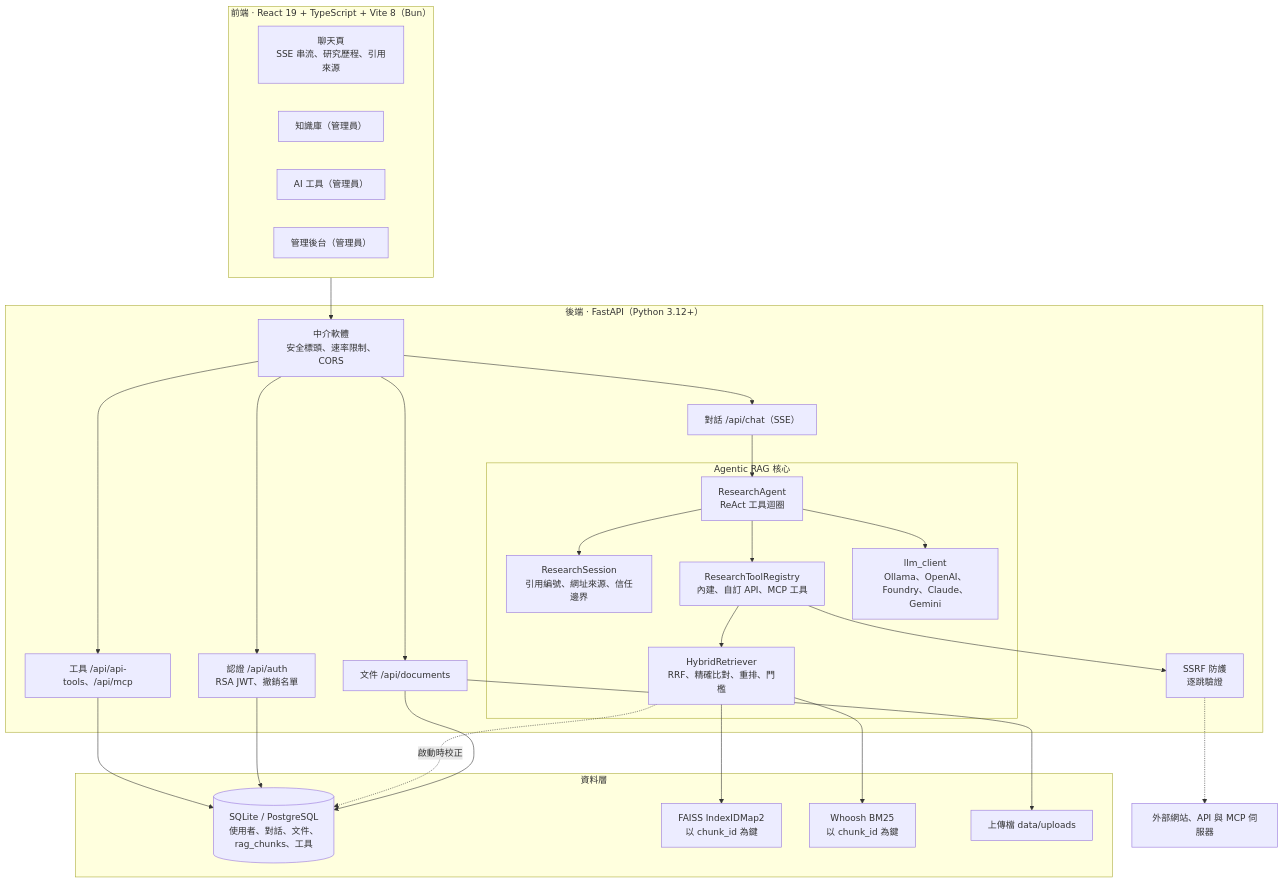
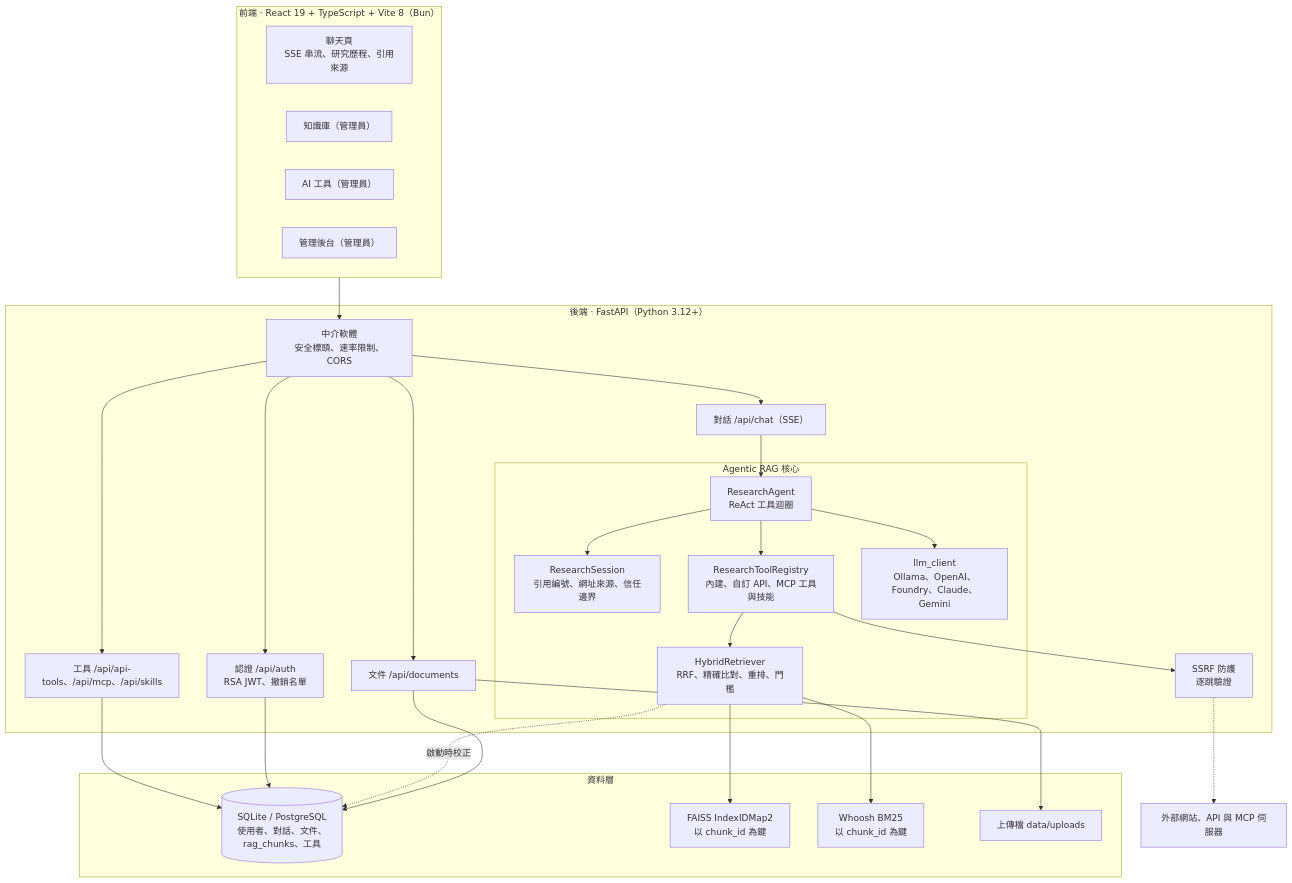
Before and after one commit to Scorpio-meow/AskMiao: the second of 3 diagrams in README.md, drawn with Mermaid. The commit also changed other lines of this file and 336 other files, not shown here.

````diff
--- a/README.md
+++ b/README.md
@@ -280,50 +256,50 @@
 ```mermaid
 flowchart TB
     subgraph Client ["前端 · React 19 + TypeScript + Vite 8（Bun）"]
         ChatUI["聊天頁<br/>SSE 串流、研究歷程、引用來源"]
         DocsUI["知識庫（管理員）"]
         ToolsUI["AI 工具（管理員）"]
         AdminUI["管理後台（管理員）"]
     end
 
     subgraph Backend ["後端 · FastAPI（Python 3.12+）"]
         MW["中介軟體<br/>安全標頭、速率限制、CORS"]
         Auth["認證 /api/auth<br/>RSA JWT、撤銷名單"]
         ChatAPI["對話 /api/chat（SSE）"]
         DocAPI["文件 /api/documents"]
-        ToolAPI["工具 /api/api-tools、/api/mcp"]
+        ToolAPI["工具 /api/api-tools、/api/mcp、/api/skills"]
 
         subgraph Core ["Agentic RAG 核心"]
             Agent["ResearchAgent<br/>ReAct 工具迴圈"]
             Session["ResearchSession<br/>引用編號、網址來源、信任邊界"]
-            Registry["ResearchToolRegistry<br/>內建、自訂 API、MCP 工具"]
+            Registry["ResearchToolRegistry<br/>內建、自訂 API、MCP 工具與技能"]
             Retriever["HybridRetriever<br/>RRF、精確比對、重排、門檻"]
             LLM["llm_client<br/>Ollama、OpenAI、Foundry、Claude、Gemini"]
         end
 
         SSRF["SSRF 防護<br/>逐跳驗證"]
     end
 
     subgraph Storage ["資料層"]
         DB[("SQLite / PostgreSQL<br/>使用者、對話、文件、rag_chunks、工具")]
         FAISS["FAISS IndexIDMap2<br/>以 chunk_id 為鍵"]
         BM25["Whoosh BM25<br/>以 chunk_id 為鍵"]
         Files["上傳檔 data/uploads"]
     end
 
     Client --> MW
     MW --> Auth & ChatAPI & DocAPI & ToolAPI
     ChatAPI --> Agent
     Agent --> Session
     Agent --> Registry
     Agent --> LLM
     Registry --> Retriever
     Registry --> SSRF
     SSRF -.-> Ext["外部網站、API 與 MCP 伺服器"]
     Retriever --> FAISS & BM25
     DocAPI --> Files
     DocAPI --> DB
     Retriever -.->|啟動時校正| DB
     Auth --> DB
     ToolAPI --> DB
 ```
````
